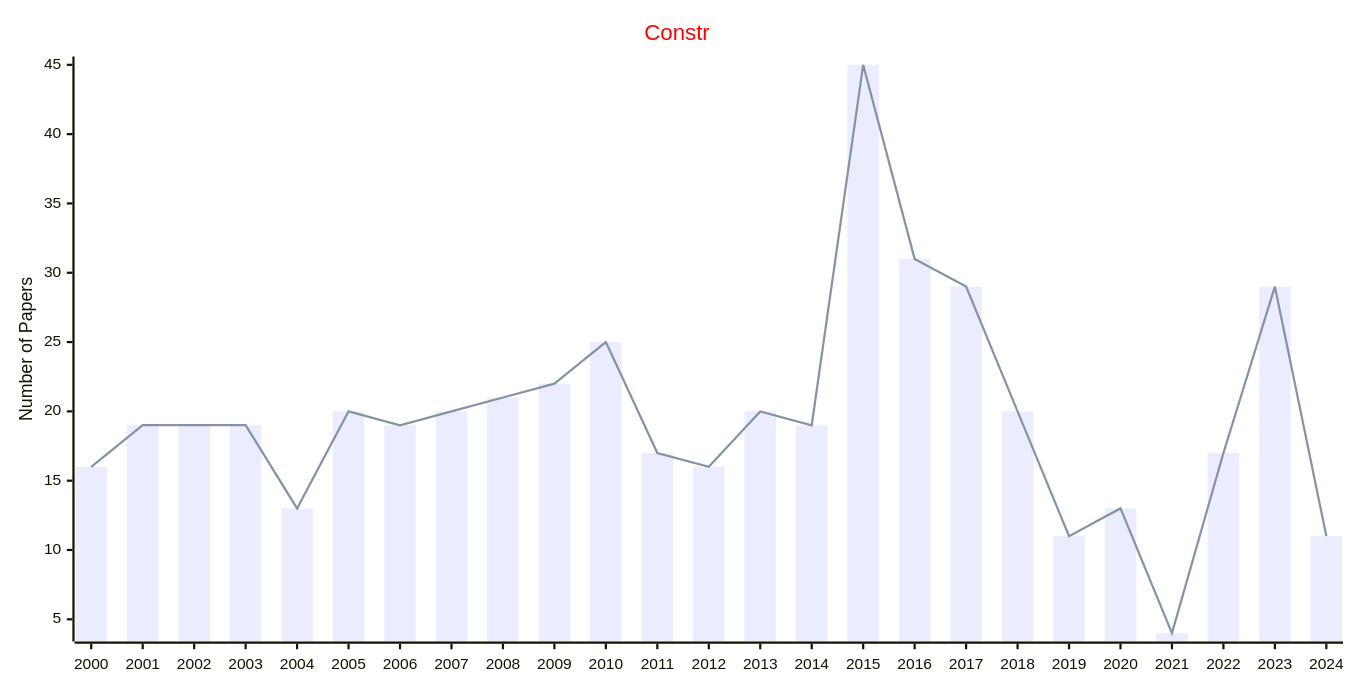
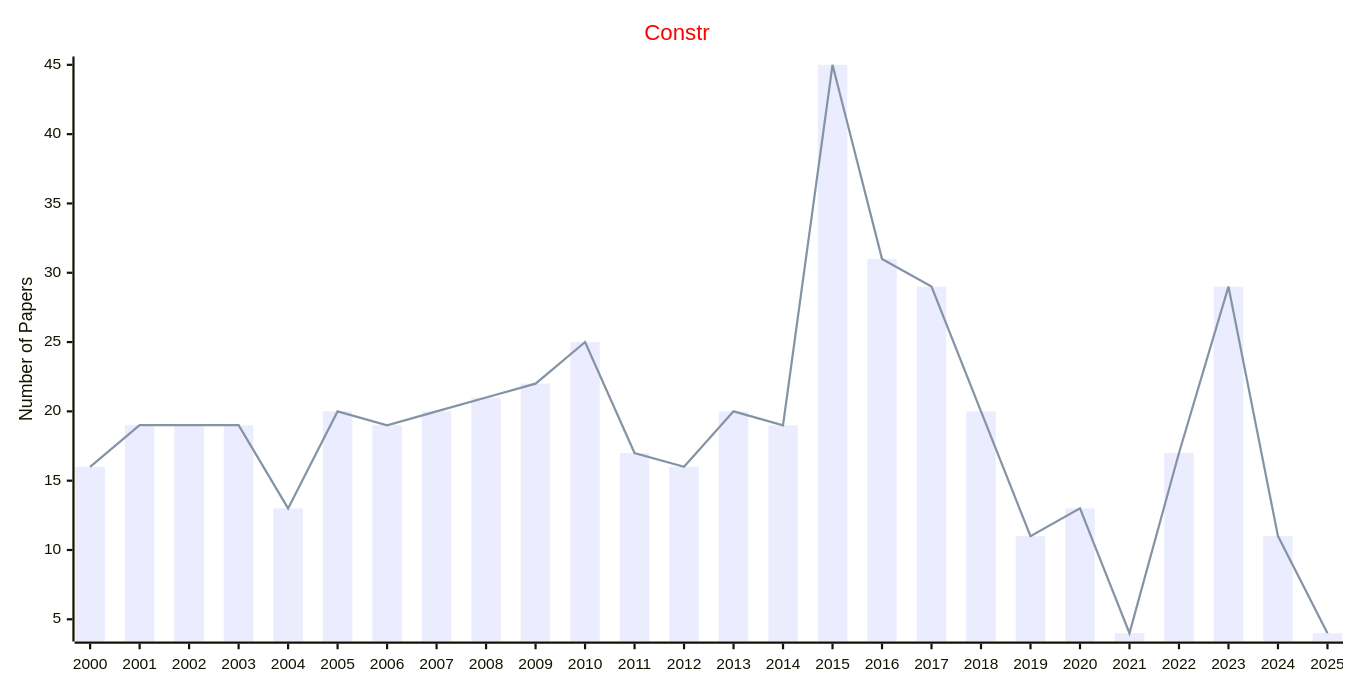
Before and after one commit to Easy-PhD/AILinks: diagram 15 of 59 in docs/data/Journals/Publishers_Journals/SPRINGER.md, drawn with Mermaid. The commit also changed 93 other files, not shown here.

````diff
--- a/docs/data/Journals/Publishers_Journals/SPRINGER.md
+++ b/docs/data/Journals/Publishers_Journals/SPRINGER.md
@@ -347,17 +347,17 @@
 ```mermaid
 ---
 config:
     xyChart:
         width: 1200
         height: 600
     themeVariables:
         xyChart:
             titleColor: "#ff0000"
 ---
 xychart-beta
     title "Constr"
-    x-axis [2000, 2001, 2002, 2003, 2004, 2005, 2006, 2007, 2008, 2009, 2010, 2011, 2012, 2013, 2014, 2015, 2016, 2017, 2018, 2019, 2020, 2021, 2022, 2023, 2024]
+    x-axis [2000, 2001, 2002, 2003, 2004, 2005, 2006, 2007, 2008, 2009, 2010, 2011, 2012, 2013, 2014, 2015, 2016, 2017, 2018, 2019, 2020, 2021, 2022, 2023, 2024, 2025]
     y-axis "Number of Papers"
-    bar [16, 19, 19, 19, 13, 20, 19, 20, 21, 22, 25, 17, 16, 20, 19, 45, 31, 29, 20, 11, 13, 4, 17, 29, 11]
-    line [16, 19, 19, 19, 13, 20, 19, 20, 21, 22, 25, 17, 16, 20, 19, 45, 31, 29, 20, 11, 13, 4, 17, 29, 11]
+    bar [16, 19, 19, 19, 13, 20, 19, 20, 21, 22, 25, 17, 16, 20, 19, 45, 31, 29, 20, 11, 13, 4, 17, 29, 11, 4]
+    line [16, 19, 19, 19, 13, 20, 19, 20, 21, 22, 25, 17, 16, 20, 19, 45, 31, 29, 20, 11, 13, 4, 17, 29, 11, 4]
 ```
````
